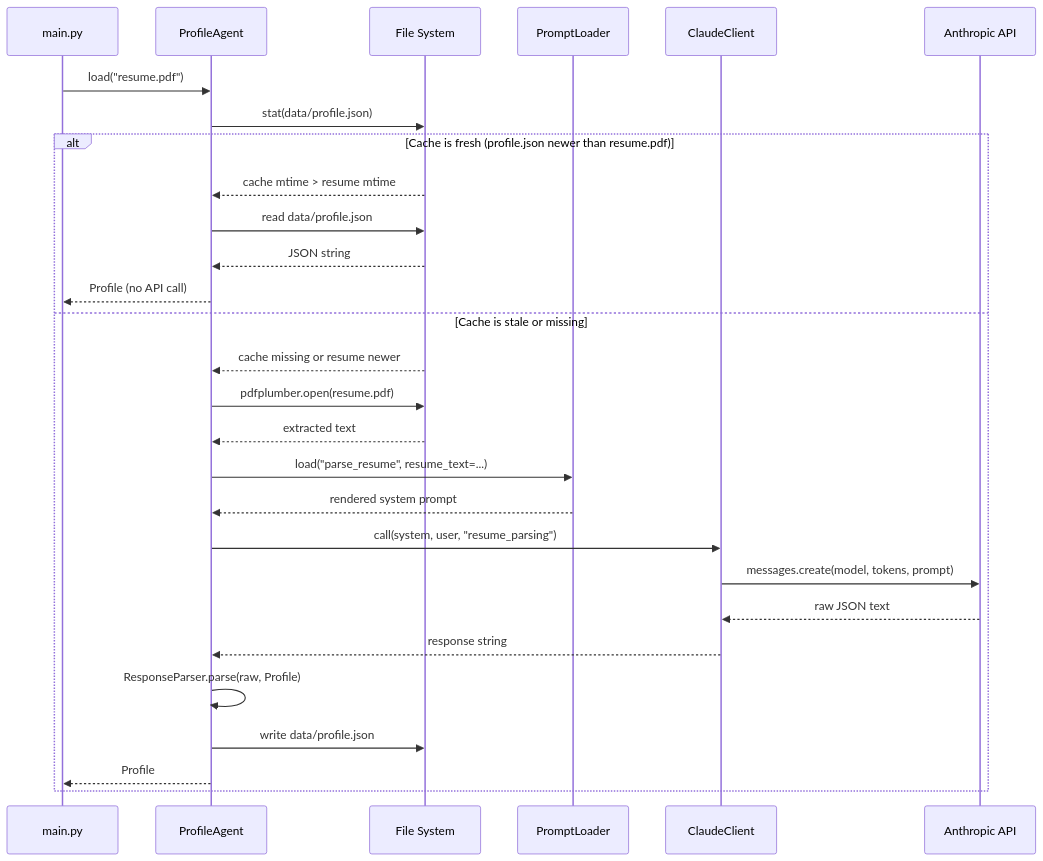
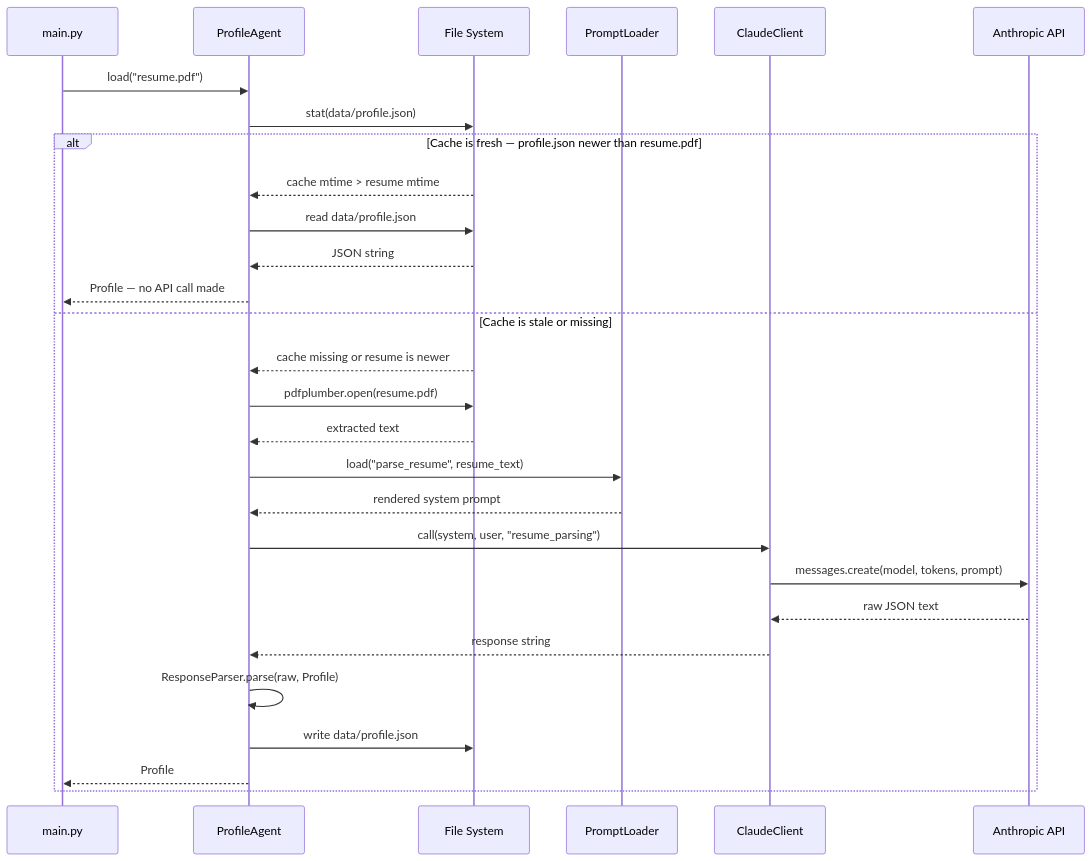
Before and after one commit to suthrams/jobsearchagent: the third of 10 diagrams in docs/architecture.md, drawn with Mermaid. The commit also changed other lines of this file, not shown here.

First line of the commit message:
Fix Mermaid diagram syntax for GitHub renderer

````diff
--- a/docs/architecture.md
+++ b/docs/architecture.md
@@ -115,32 +114,32 @@
 ```mermaid
 sequenceDiagram
     participant M as main.py
     participant PA as ProfileAgent
     participant FS as File System
     participant PL as PromptLoader
     participant CC as ClaudeClient
     participant API as Anthropic API
 
     M->>PA: load("resume.pdf")
     PA->>FS: stat(data/profile.json)
 
-    alt Cache is fresh (profile.json newer than resume.pdf)
+    alt Cache is fresh — profile.json newer than resume.pdf
         FS-->>PA: cache mtime > resume mtime
         PA->>FS: read data/profile.json
         FS-->>PA: JSON string
-        PA-->>M: Profile (no API call)
+        PA-->>M: Profile — no API call made
     else Cache is stale or missing
-        FS-->>PA: cache missing or resume newer
+        FS-->>PA: cache missing or resume is newer
         PA->>FS: pdfplumber.open(resume.pdf)
         FS-->>PA: extracted text
-        PA->>PL: load("parse_resume", resume_text=...)
+        PA->>PL: load("parse_resume", resume_text)
         PL-->>PA: rendered system prompt
         PA->>CC: call(system, user, "resume_parsing")
         CC->>API: messages.create(model, tokens, prompt)
         API-->>CC: raw JSON text
         CC-->>PA: response string
         PA->>PA: ResponseParser.parse(raw, Profile)
         PA->>FS: write data/profile.json
         PA-->>M: Profile
     end
 ```
````
